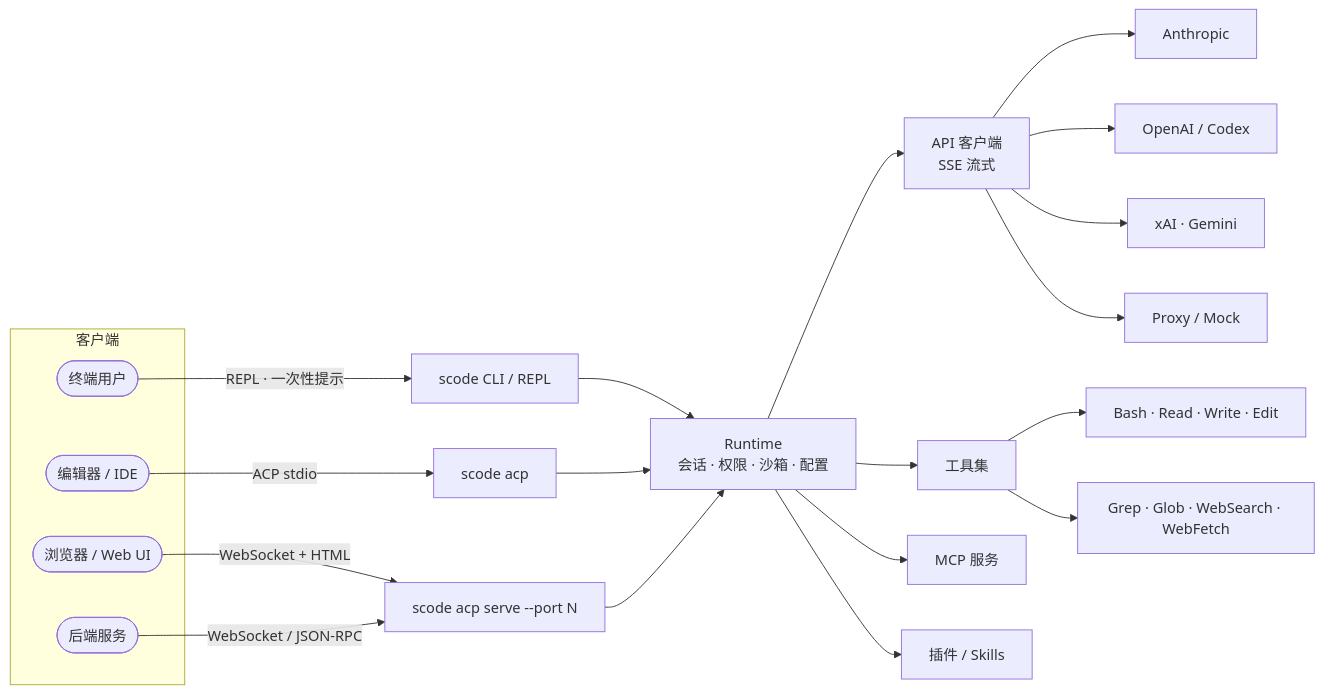
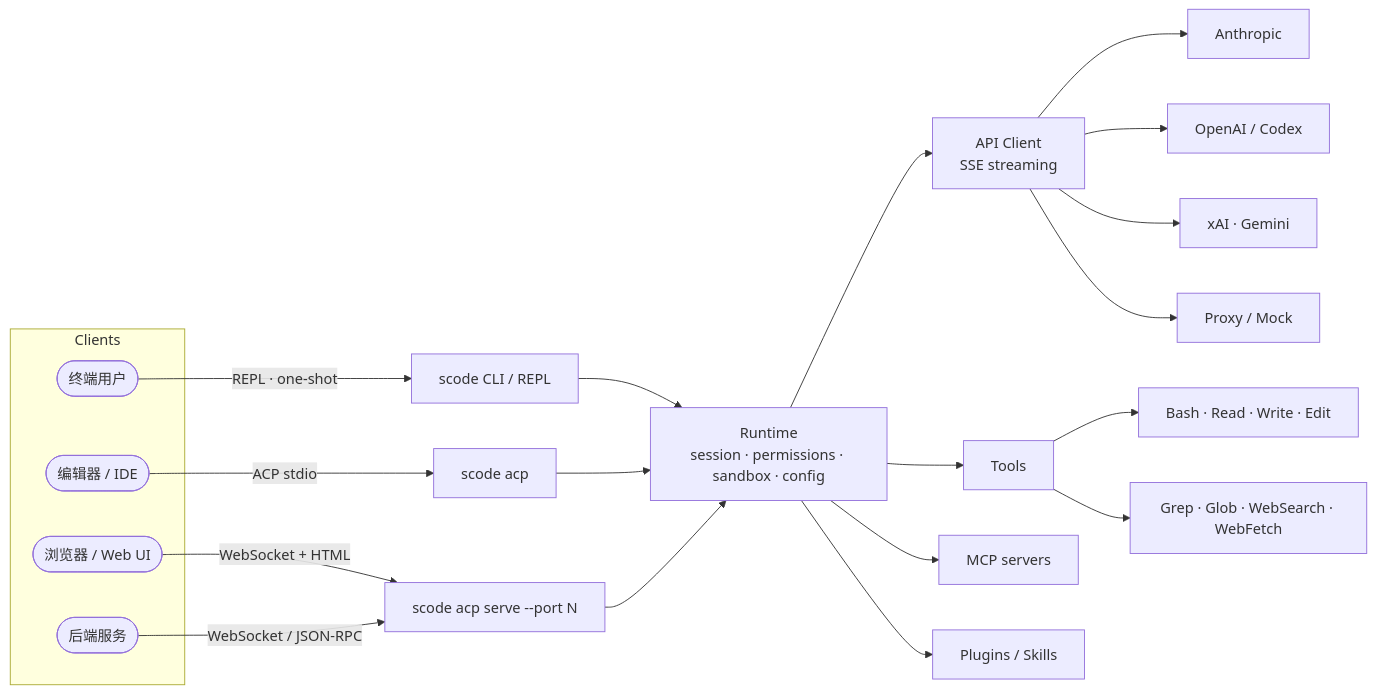
One commit to sudoprivacy/sudocode changed the diagram in README_zh.md. Above: the diagram before and after it, drawn with Mermaid. The commit also changed other lines of this file, not shown here.

````diff
--- a/README_zh.md
+++ b/README_zh.md
@@ -40,31 +51,31 @@
 ```mermaid
 flowchart LR
-    subgraph 客户端
+    subgraph Clients
       Term([终端用户])
       Editor([编辑器 / IDE])
       Browser([浏览器 / Web UI])
       Service([后端服务])
     end
 
-    Term -->|REPL · 一次性提示| CLI
+    Term -->|REPL · one-shot| CLI
     Editor -->|ACP stdio| STDIO[scode acp]
     Browser -->|WebSocket + HTML| WS[scode acp serve --port N]
     Service -->|WebSocket / JSON-RPC| WS
 
     CLI[scode CLI / REPL] --> RT
     STDIO --> RT
     WS --> RT
 
-    RT[Runtime<br/>会话 · 权限 · 沙箱 · 配置] --> API[API 客户端<br/>SSE 流式]
-    RT --> TOOLS[工具集]
-    RT --> MCP[MCP 服务]
-    RT --> PLUG[插件 / Skills]
+    RT[Runtime<br/>session · permissions · sandbox · config] --> API[API Client<br/>SSE streaming]
+    RT --> TOOLS[Tools]
+    RT --> MCP[MCP servers]
+    RT --> PLUG[Plugins / Skills]
 
     TOOLS --> T1[Bash · Read · Write · Edit]
     TOOLS --> T2[Grep · Glob · WebSearch · WebFetch]
 
     API --> P1[Anthropic]
     API --> P2[OpenAI / Codex]
     API --> P3[xAI · Gemini]
     API --> P4[Proxy / Mock]
 ```
````
